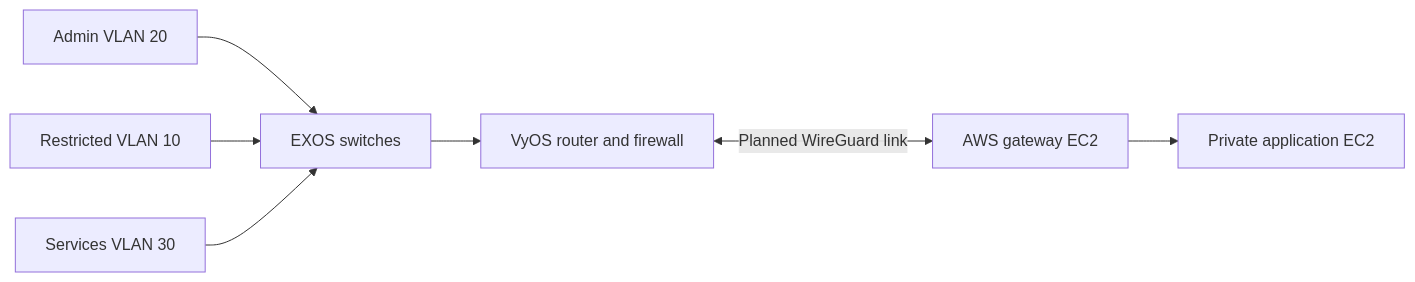
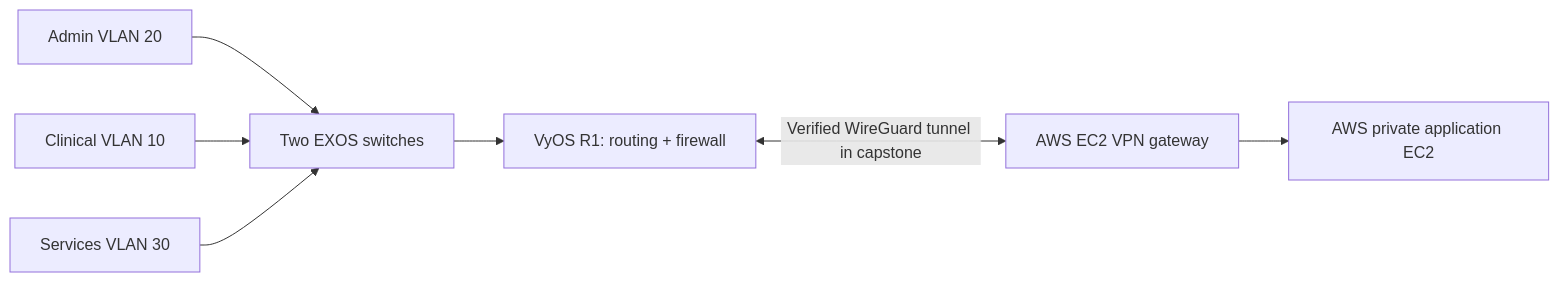
One commit to Matthew-Beare/hybrid-cloud-network changed the diagram in README.md. Above: the diagram before and after it, drawn with Mermaid. The commit also changed other lines of this file and 14 other files, not shown here.

````diff
--- a/README.md
+++ b/README.md
@@ -9,9 +40,9 @@
 ```mermaid
 flowchart LR
-  A[Admin VLAN 20] --> SW[EXOS switches]
-  U[Restricted VLAN 10] --> SW
+  A[Admin VLAN 20] --> SW[Two EXOS switches]
+  C[Clinical VLAN 10] --> SW
   S[Services VLAN 30] --> SW
-  SW --> V[VyOS router and firewall]
-  V <-->|Planned WireGuard link| G[AWS gateway EC2]
-  G --> P[Private application EC2]
+  SW --> R[VyOS R1: routing + firewall]
+  R <-->|Verified WireGuard tunnel in capstone| G[AWS EC2 VPN gateway]
+  G --> P[AWS private application EC2]
 ```
````
